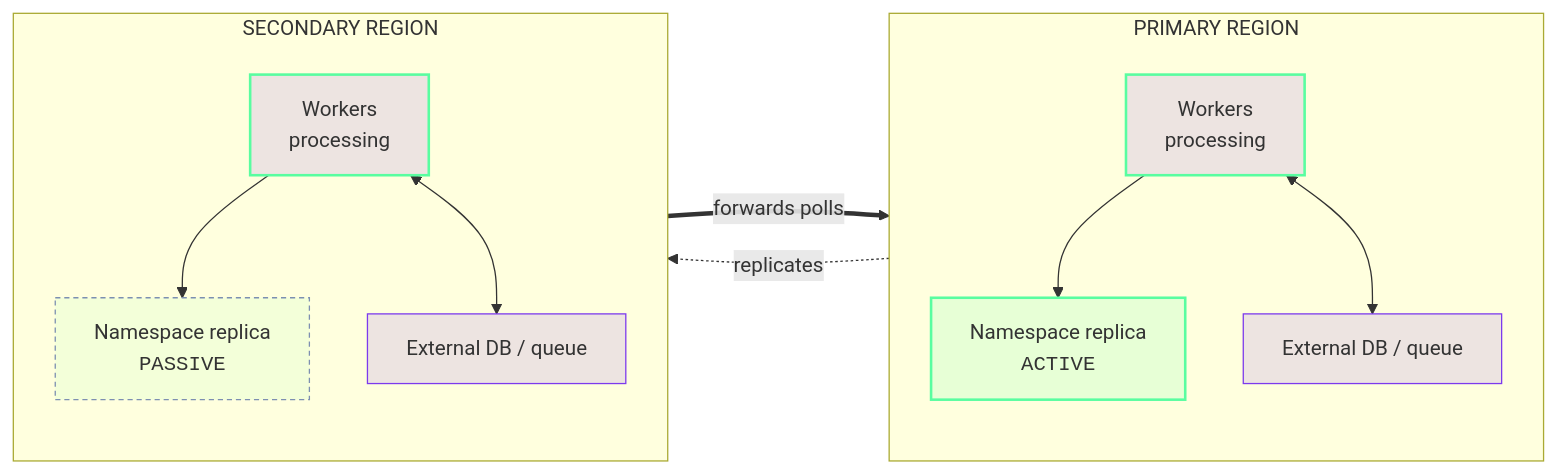
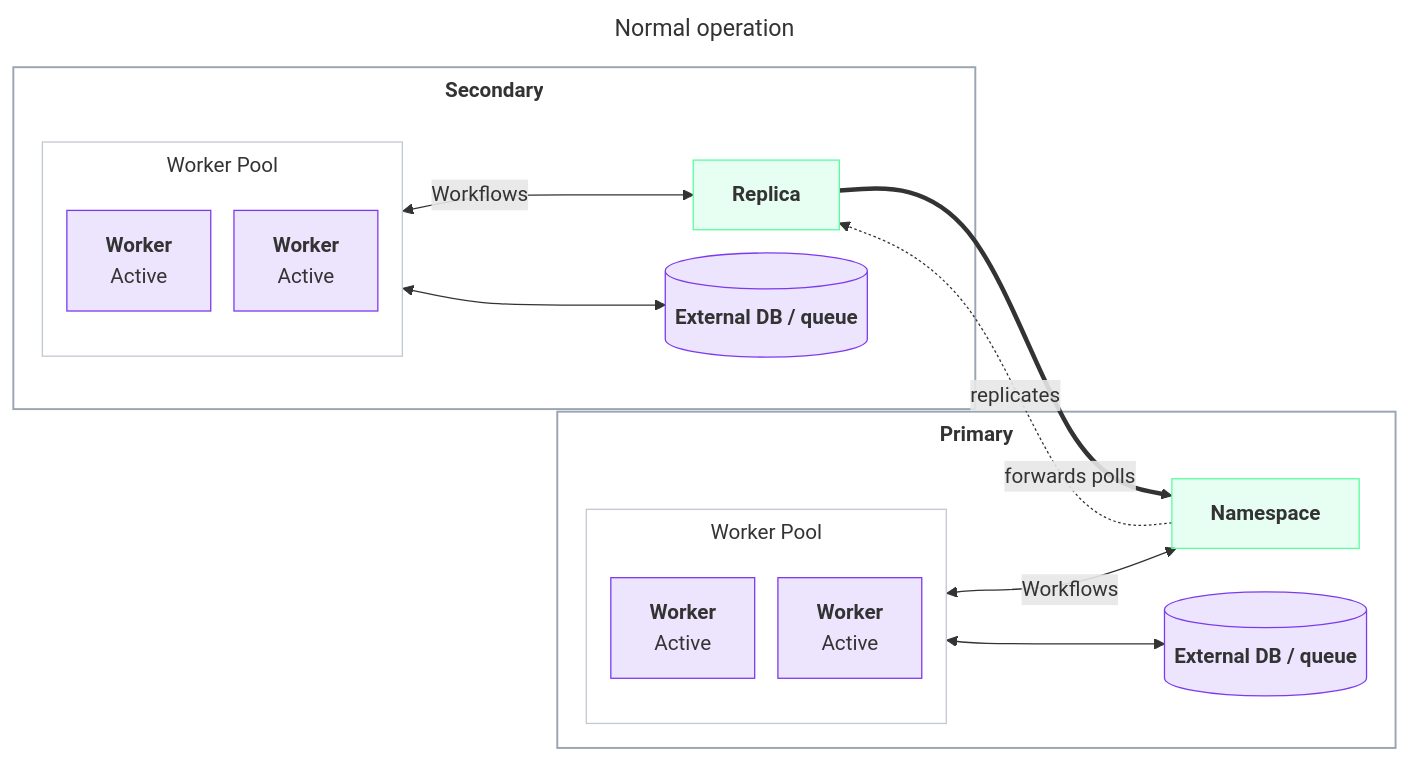
Before and after one commit to temporalio/documentation: diagram 11 of 14 in docs/cloud/high-availability/deployment-patterns.mdx, drawn with Mermaid. The commit also changed other lines of this file and 3 other files, not shown here.

````diff
--- a/docs/cloud/high-availability/deployment-patterns.mdx
+++ b/docs/cloud/high-availability/deployment-patterns.mdx
@@ -271,26 +507,36 @@
 ```mermaid
-%%{init: {'themeVariables':{'fontFamily':'Inter, ui-sans-serif, system-ui, sans-serif'},'flowchart':{'nodeSpacing':45,'rankSpacing':70,'curve':'basis'}}}%%
+---
+title: Normal operation
+---
+%%{init: {'themeVariables':{'fontFamily':'Inter, ui-sans-serif, system-ui, sans-serif'},'flowchart':{'nodeSpacing':18,'rankSpacing':45,'curve':'basis','subGraphTitleMargin':{'top':6,'bottom':12}}}}%%
 flowchart LR
-  classDef tcloud fill:#59FDA024,stroke:#59FDA0,stroke-width:2px;
-  classDef tpassive fill:#59FDA012,stroke:#7C8FB1,stroke-width:1px,stroke-dasharray:4 3;
-  classDef wactive fill:#7C3AED22,stroke:#59FDA0,stroke-width:2px;
-  classDef ext fill:#7C3AED22,stroke:#7C3AED,stroke-width:1px;
-  subgraph P["PRIMARY REGION"]
-    direction TB
-    W1["Workers<br/>processing"]:::wactive
-    DB1["External DB / queue"]:::ext
-    R1["Namespace replica<br/><samp>ACTIVE</samp>"]:::tcloud
-  end
-  subgraph S["SECONDARY REGION"]
-    direction TB
-    W2["Workers<br/>processing"]:::wactive
-    DB2["External DB / queue"]:::ext
-    R2["Namespace replica<br/><samp>PASSIVE</samp>"]:::tpassive
-  end
-  W1 --> R1
-  W1 <--> DB1
-  W2 --> R2
-  R2 ==>|forwards polls| R1
-  W2 <--> DB2
-  R1 -. replicates .-> R2
+    classDef worker fill:#7C3AED22,stroke:#7C3AED,stroke-width:1px;
+    classDef ns fill:#59FDA024,stroke:#59FDA0,stroke-width:1px;
+    classDef ext fill:#7C3AED22,stroke:#7C3AED,stroke-width:1px;
+    classDef region fill:transparent,stroke:#9aa4b2,stroke-width:1.5px;
+    classDef pool fill:transparent,stroke:#c2c8d2,stroke-width:1px;
+    subgraph DANPRI["<b>Primary</b>"]
+      subgraph DANWP["Worker Pool"]
+        DANW1["<b>Worker</b><br/>Active"]:::worker
+        DANW2["<b>Worker</b><br/>Active"]:::worker
+      end
+      DANNS["<b>Namespace</b>"]:::ns
+      DANDB[("<b>External DB / queue</b>")]:::ext
+      DANWP <-->|Workflows| DANNS
+      DANWP <--> DANDB
+    end
+    subgraph DANSEC["<b>Secondary</b>"]
+      DANR["<b>Replica</b>"]:::ns
+      subgraph DANWP2["Worker Pool"]
+        DANS1["<b>Worker</b><br/>Active"]:::worker
+        DANS2["<b>Worker</b><br/>Active"]:::worker
+      end
+      DANDB2[("<b>External DB / queue</b>")]:::ext
+      DANWP2 <-->|Workflows| DANR
+      DANWP2 <--> DANDB2
+    end
+    DANNS -. replicates .-> DANR
+    DANR ==>|"forwards polls"| DANNS
+    class DANPRI,DANSEC region
+    class DANWP,DANWP2 pool
 ```
````
